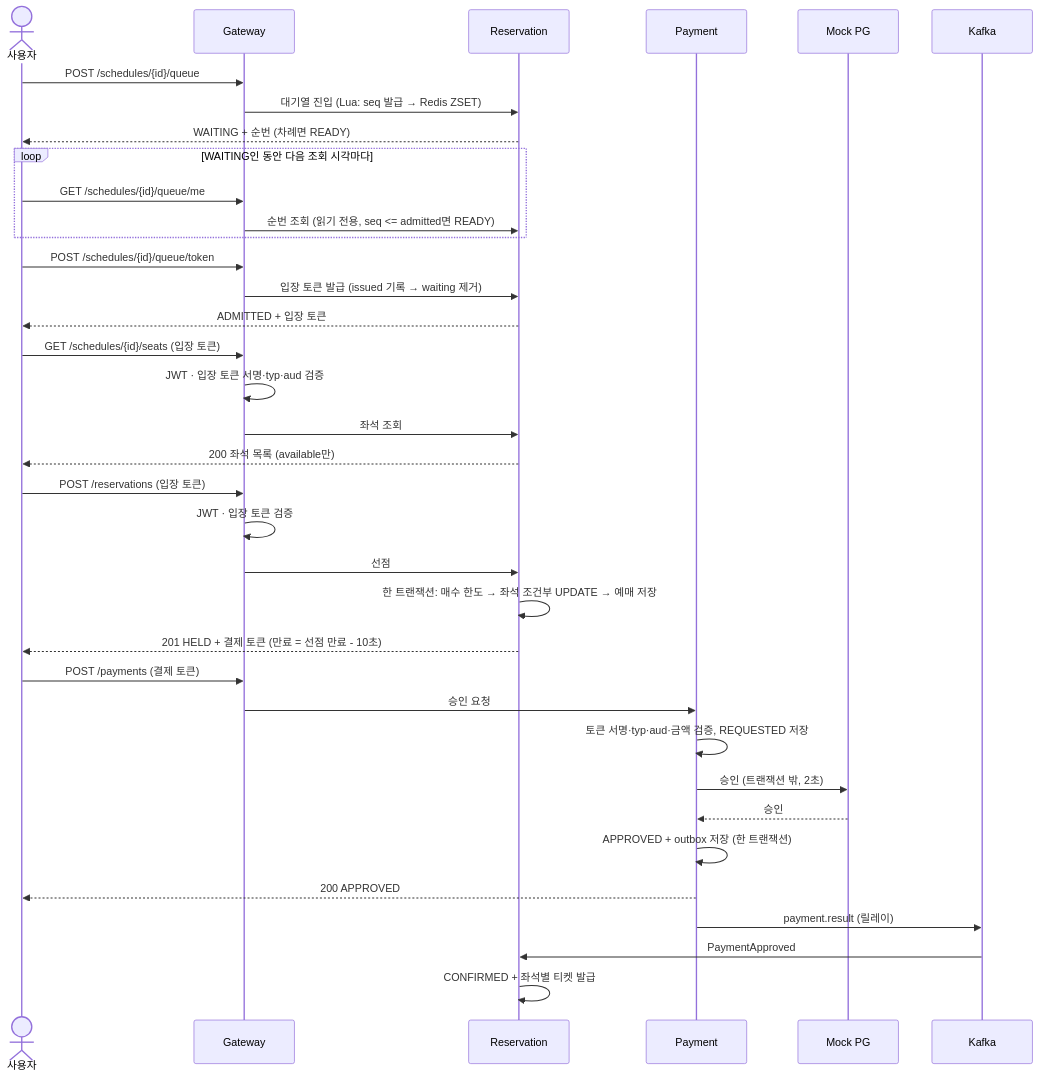
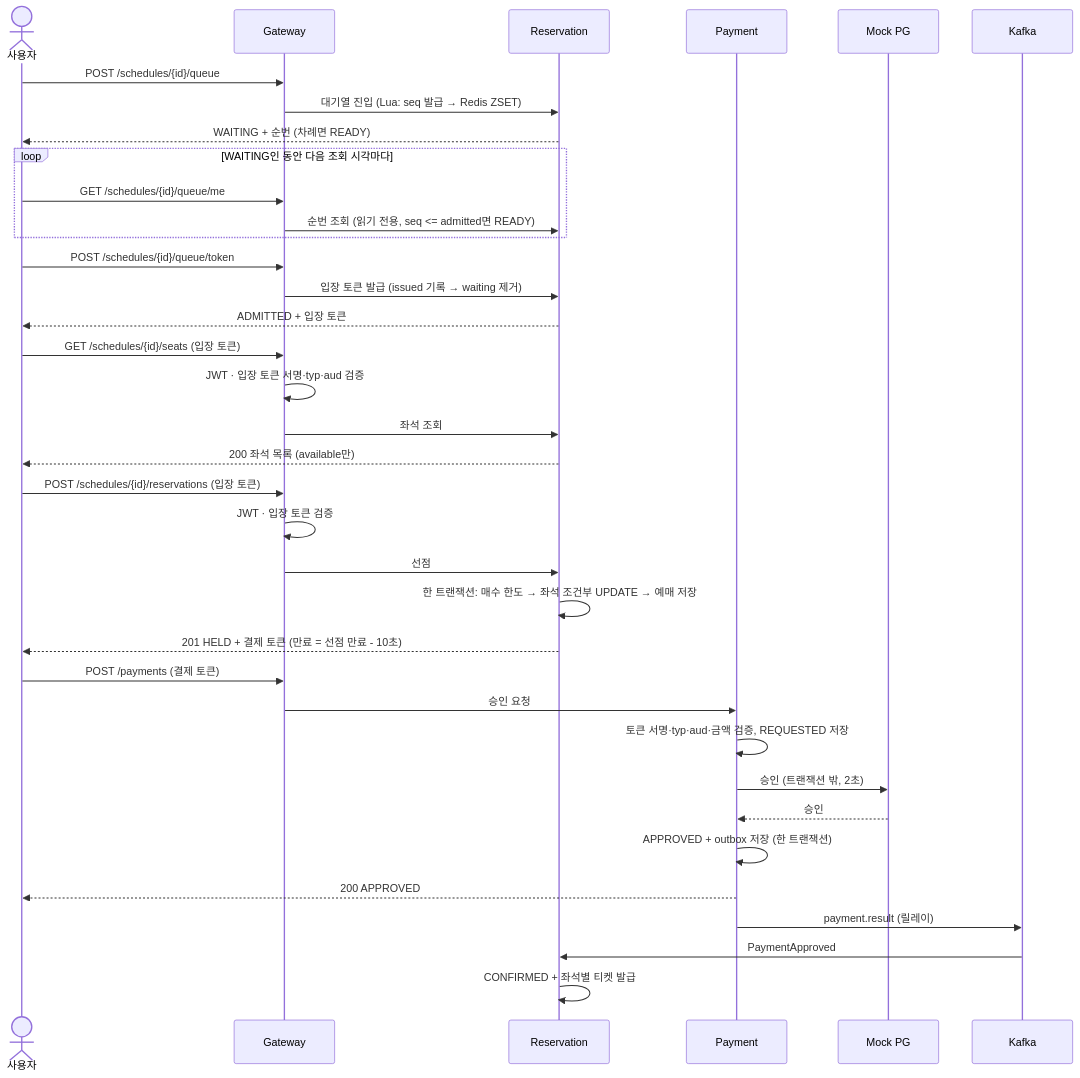
One commit to iseonjwa/high-quality-ticketing-system changed the third of 9 diagrams in docs/core/SA MASTER.md. Above: the diagram before and after it, drawn with Mermaid. The commit also changed other lines of this file and 8 other files, not shown here.

````diff
--- a/docs/core/SA MASTER.md
+++ b/docs/core/SA MASTER.md
@@ -552,38 +555,38 @@
 ```mermaid
 sequenceDiagram
   actor U as 사용자
   participant GW as Gateway
   participant RS as Reservation
   participant PS as Payment
   participant PG as Mock PG
   participant K as Kafka
   U->>GW: POST /schedules/{id}/queue
   GW->>RS: 대기열 진입 (Lua: seq 발급 → Redis ZSET)
   RS-->>U: WAITING + 순번 (차례면 READY)
   loop WAITING인 동안 다음 조회 시각마다
     U->>GW: GET /schedules/{id}/queue/me
     GW->>RS: 순번 조회 (읽기 전용, seq <= admitted면 READY)
   end
   U->>GW: POST /schedules/{id}/queue/token
   GW->>RS: 입장 토큰 발급 (issued 기록 → waiting 제거)
   RS-->>U: ADMITTED + 입장 토큰
   U->>GW: GET /schedules/{id}/seats (입장 토큰)
   GW->>GW: JWT · 입장 토큰 서명·typ·aud 검증
   GW->>RS: 좌석 조회
   RS-->>U: 200 좌석 목록 (available만)
-  U->>GW: POST /reservations (입장 토큰)
+  U->>GW: POST /schedules/{id}/reservations (입장 토큰)
   GW->>GW: JWT · 입장 토큰 검증
   GW->>RS: 선점
   RS->>RS: 한 트랜잭션: 매수 한도 → 좌석 조건부 UPDATE → 예매 저장
   RS-->>U: 201 HELD + 결제 토큰 (만료 = 선점 만료 - 10초)
   U->>GW: POST /payments (결제 토큰)
   GW->>PS: 승인 요청
   PS->>PS: 토큰 서명·typ·aud·금액 검증, REQUESTED 저장
   PS->>PG: 승인 (트랜잭션 밖, 2초)
   PG-->>PS: 승인
   PS->>PS: APPROVED + outbox 저장 (한 트랜잭션)
   PS-->>U: 200 APPROVED
   PS->>K: payment.result (릴레이)
   K->>RS: PaymentApproved
   RS->>RS: CONFIRMED + 좌석별 티켓 발급
 ```
````
